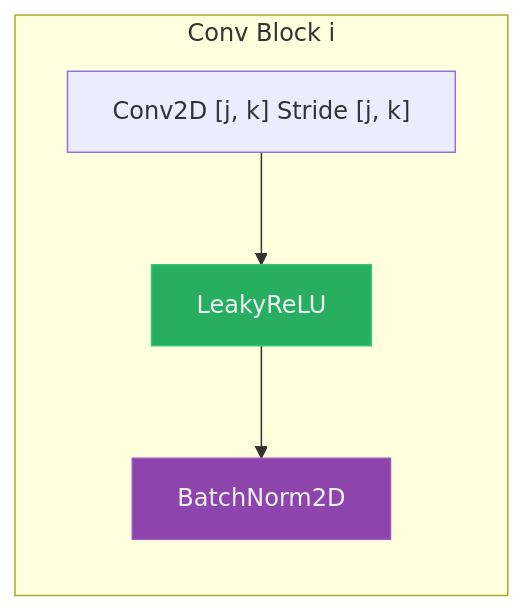
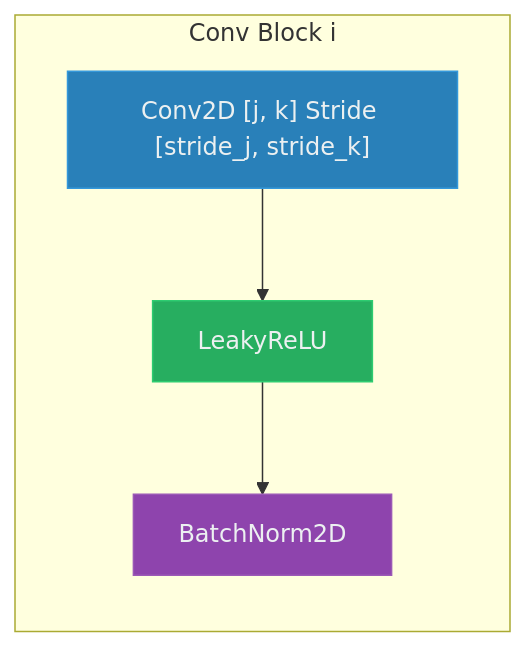
Before and after one commit to Reidmen/crypto_hitchhiker: the second of 2 diagrams in README.md, drawn with Mermaid. The commit also changed other lines of this file, not shown here.

````diff
--- a/README.md
+++ b/README.md
@@ -129,15 +129,14 @@
 ```mermaid
 graph LR
-    subgraph Block1["Conv Block i"]
+    subgraph Block_i["Conv Block i"]
         direction TB
-        B["Conv2D [j, k] Stride [j, k]"]
-        C["LeakyReLU"]:::activation
-        D["BatchNorm2D"]:::batchnorm
-        B --> C --> D
+        Conv["Conv2D [j, k] Stride [stride_j, stride_k]"]:::conv
+        Act["LeakyReLU"]:::activation
+        Norm["BatchNorm2D"]:::batchnorm
+        Conv --> Act --> Norm
     end
 
-    classDef input fill:#2C3E50,stroke:#E74C3C,color:#ECF0F1
     classDef conv fill:#2980B9,stroke:#3498DB,color:#ECF0F1
     classDef activation fill:#27AE60,stroke:#2ECC71,color:#ECF0F1
     classDef batchnorm fill:#8E44AD,stroke:#9B59B6,color:#ECF0F1
 ```
````
